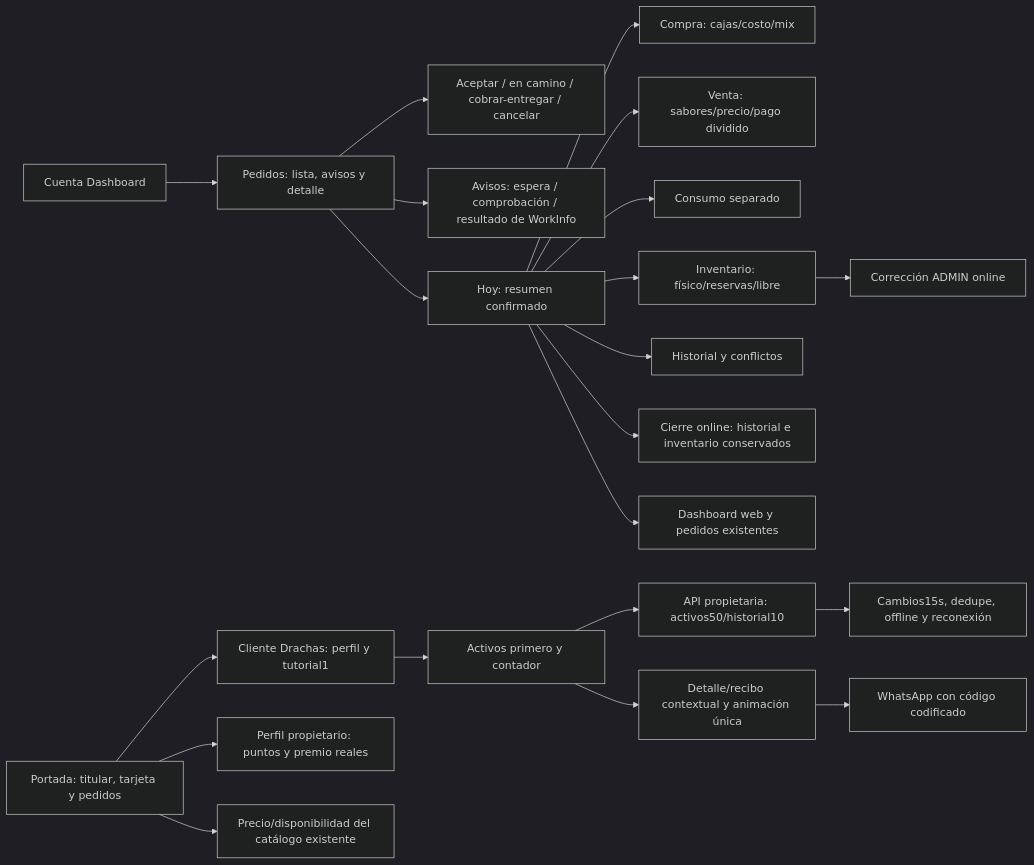
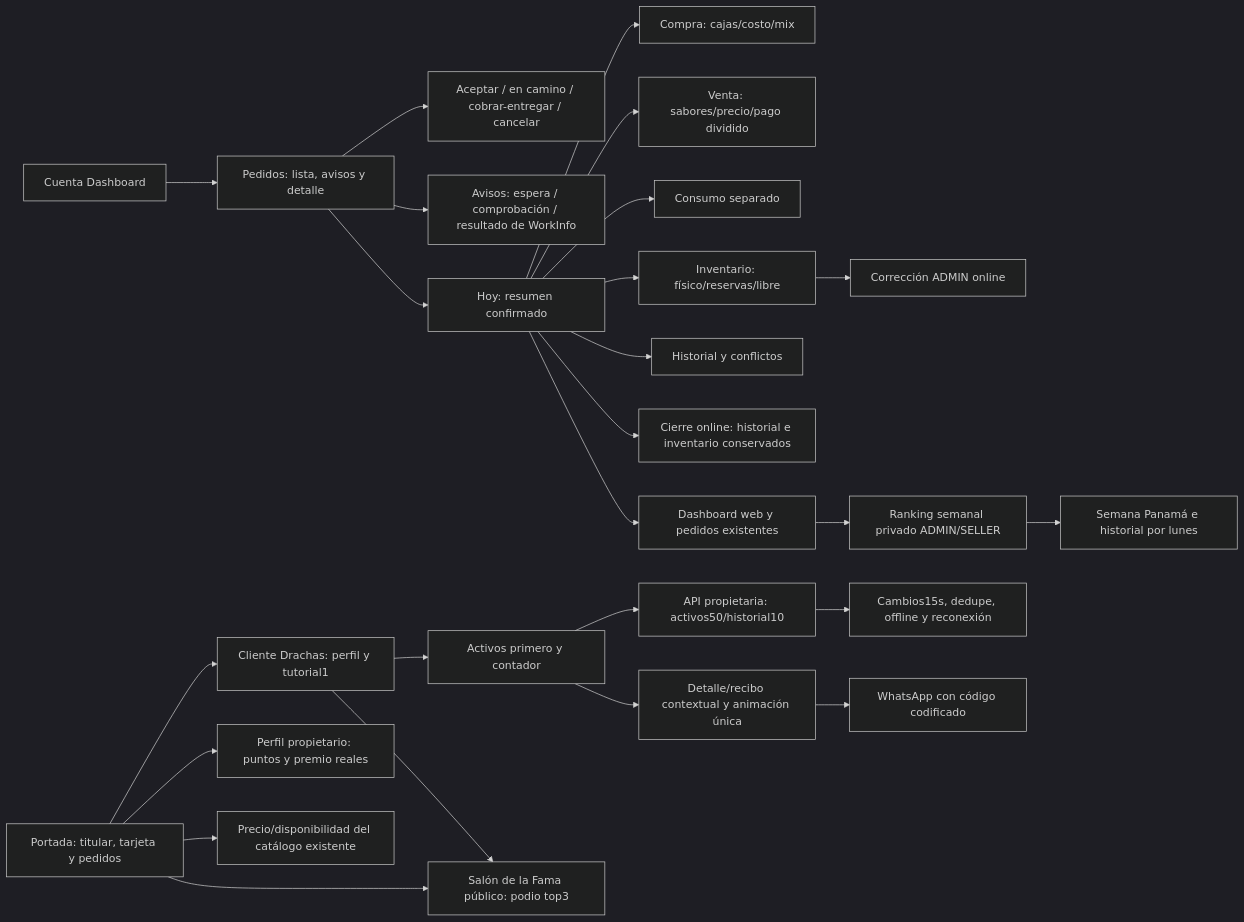
One commit to NotKingbryanPY/donas-racha changed the diagram in docs/knowledge/diagrams/06-ui.md. Above: the diagram before and after it, drawn with Mermaid (dark theme). The commit also changed 35 other files, not shown here.

Commit message:
feat: add Hall of Fame podium and private weekly purchase ranking

````diff
--- a/docs/knowledge/diagrams/06-ui.md
+++ b/docs/knowledge/diagrams/06-ui.md
@@ -5,24 +5,28 @@
 ```mermaid
 flowchart LR
   account["Cuenta Dashboard"] --> orders["Pedidos: lista, avisos y detalle"]
   orders --> action["Aceptar / en camino / cobrar-entregar / cancelar"]
   orders --> check["Avisos: espera / comprobación / resultado de WorkInfo"]
   orders --> today["Hoy: resumen confirmado"]
   today --> purchase["Compra: cajas/costo/mix"]
   today --> sale["Venta: sabores/precio/pago dividido"]
   today --> consume["Consumo separado"]
   today --> inventory["Inventario: físico/reservas/libre"]
   inventory --> correction["Corrección ADMIN online"]
   today --> history["Historial y conflictos"]
   today --> close["Cierre online: historial e inventario conservados"]
   today --> dashboard["Dashboard web y pedidos existentes"]
   profile["Cliente Drachas: perfil y tutorial1"] --> customerOrders["Activos primero y contador"]
   customerOrders --> privateApi["API propietaria: activos50/historial10"]
   privateApi --> notices["Cambios15s, dedupe, offline y reconexión"]
   customerOrders --> receipt["Detalle/recibo contextual y animación única"]
   receipt --> whatsapp["WhatsApp con código codificado"]
 
   landing["Portada: titular, tarjeta y pedidos"] --> profile
   landing --> loyalty["Perfil propietario: puntos y premio reales"]
   landing --> catalog["Precio/disponibilidad del catálogo existente"]
+  landing --> hall["Salón de la Fama público: podio top3"]
+  profile --> hall
+  dashboard --> weekly["Ranking semanal privado ADMIN/SELLER"]
+  weekly --> weeks["Semana Panamá e historial por lunes"]
 ```
````
